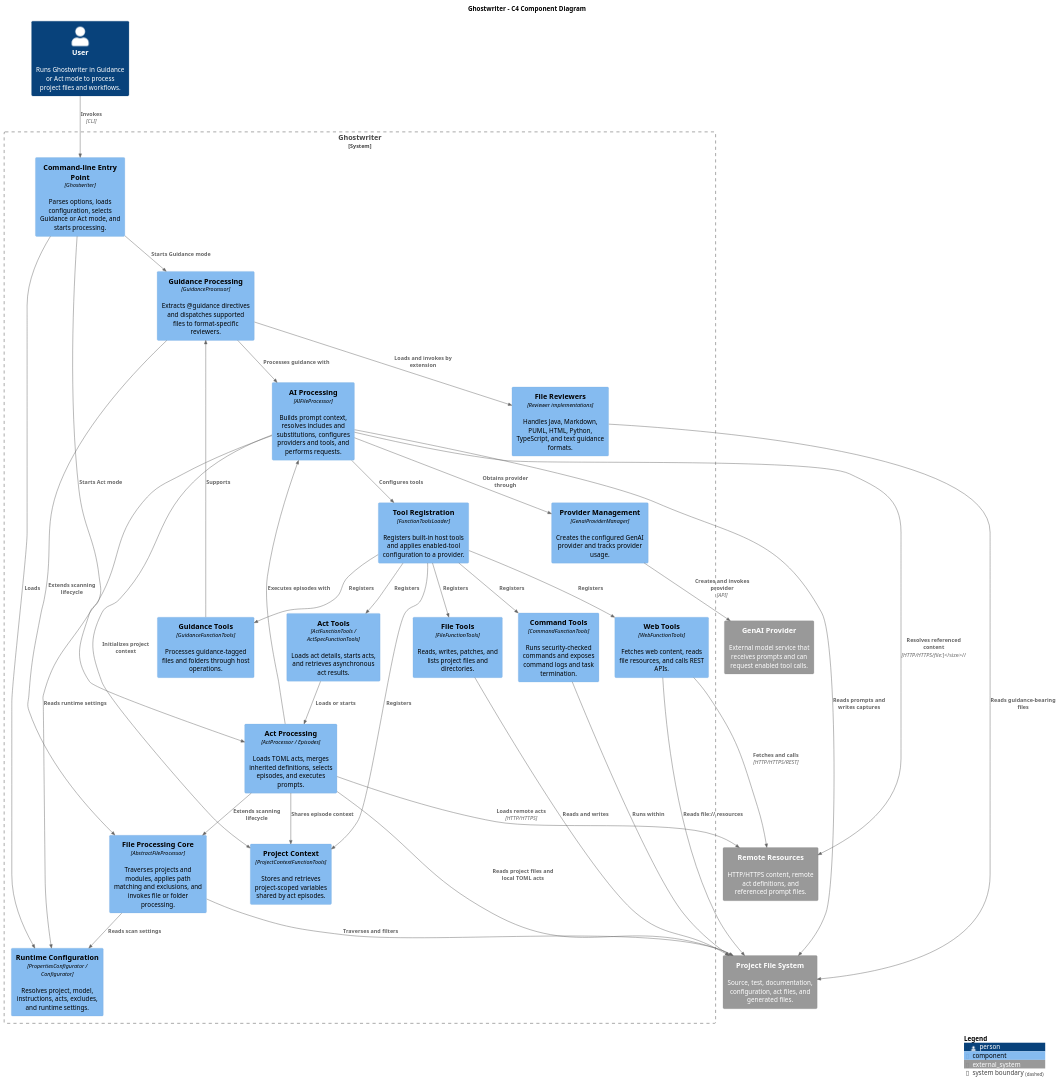
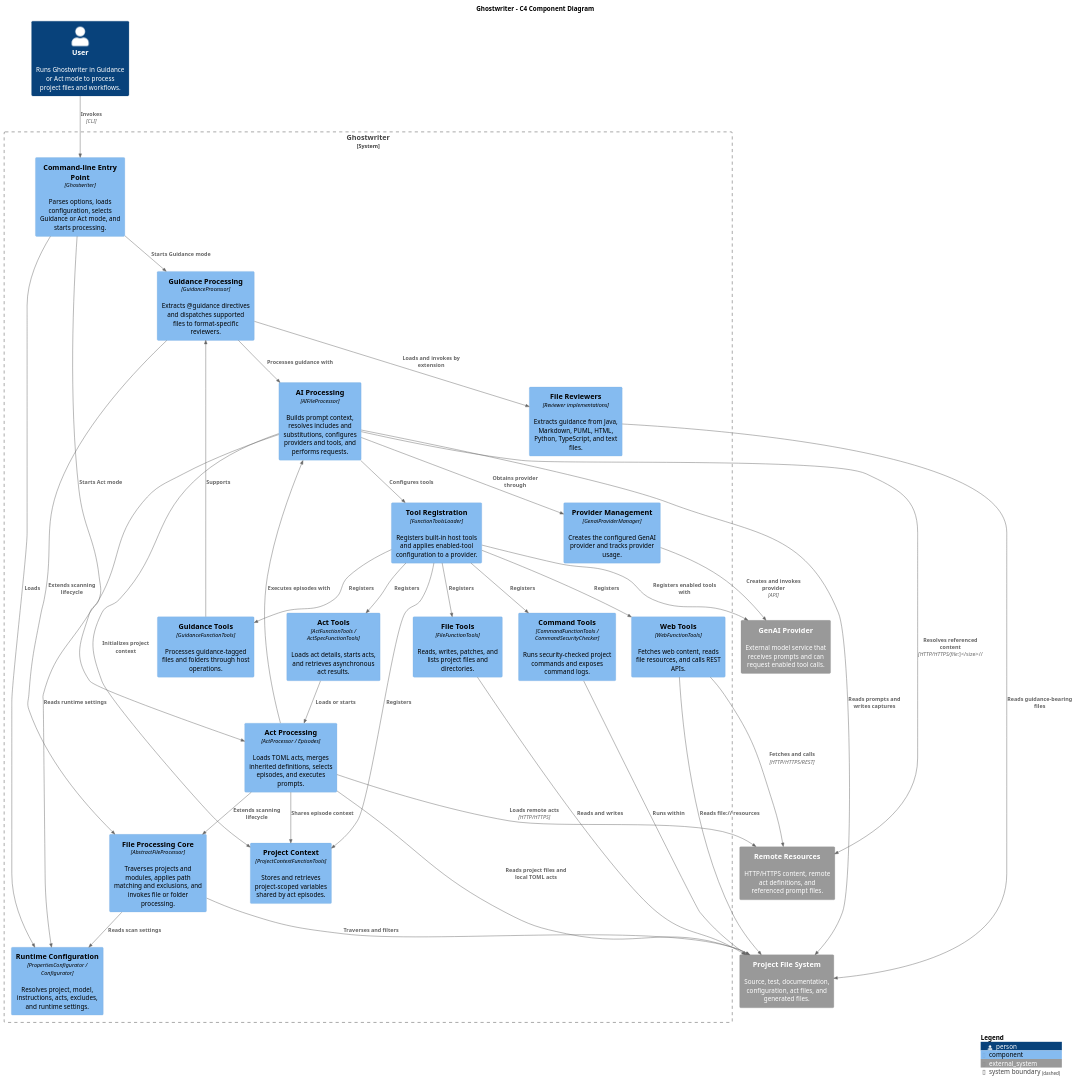
One commit to machanism-org/machai changed the diagram in ghostwriter/src/site/puml/c4-diagram.puml. Above: the diagram before and after it, drawn with PlantUML. The commit also changed 44 other files, not shown here.

```diff
--- a/ghostwriter/src/site/puml/c4-diagram.puml
+++ b/ghostwriter/src/site/puml/c4-diagram.puml
@@ -11,73 +11,74 @@
 @startuml
 !include https://raw.githubusercontent.com/plantuml-stdlib/C4-PlantUML/master/C4_Component.puml
 
 LAYOUT_TOP_DOWN()
 
 title Ghostwriter - C4 Component Diagram
 
 Person(user, "User", "Runs Ghostwriter in Guidance or Act mode to process project files and workflows.")
 System_Ext(projectFiles, "Project File System", "Source, test, documentation, configuration, act files, and generated files.")
 System_Ext(remoteResources, "Remote Resources", "HTTP/HTTPS content, remote act definitions, and referenced prompt files.")
 System_Ext(genaiProvider, "GenAI Provider", "External model service that receives prompts and can request enabled tool calls.")
 
 System_Boundary(ghostwriter, "Ghostwriter") {
   Component(cli, "Command-line Entry Point", "Ghostwriter", "Parses options, loads configuration, selects Guidance or Act mode, and starts processing.")
   Component(fileProcessor, "File Processing Core", "AbstractFileProcessor", "Traverses projects and modules, applies path matching and exclusions, and invokes file or folder processing.")
   Component(aiProcessor, "AI Processing", "AIFileProcessor", "Builds prompt context, resolves includes and substitutions, configures providers and tools, and performs requests.")
   Component(guidanceProcessor, "Guidance Processing", "GuidanceProcessor", "Extracts @guidance directives and dispatches supported files to format-specific reviewers.")
   Component(actProcessor, "Act Processing", "ActProcessor / Episodes", "Loads TOML acts, merges inherited definitions, selects episodes, and executes prompts.")
-  Component(reviewers, "File Reviewers", "Reviewer implementations", "Handles Java, Markdown, PUML, HTML, Python, TypeScript, and text guidance formats.")
+  Component(reviewers, "File Reviewers", "Reviewer implementations", "Extracts guidance from Java, Markdown, PUML, HTML, Python, TypeScript, and text files.")
 
   Component(fileTools, "File Tools", "FileFunctionTools", "Reads, writes, patches, and lists project files and directories.")
-  Component(commandTools, "Command Tools", "CommandFunctionTools", "Runs security-checked commands and exposes command logs and task termination.")
+  Component(commandTools, "Command Tools", "CommandFunctionTools / CommandSecurityChecker", "Runs security-checked project commands and exposes command logs.")
   Component(webTools, "Web Tools", "WebFunctionTools", "Fetches web content, reads file resources, and calls REST APIs.")
   Component(actTools, "Act Tools", "ActFunctionTools / ActSpecFunctionTools", "Loads act details, starts acts, and retrieves asynchronous act results.")
   Component(guidanceTools, "Guidance Tools", "GuidanceFunctionTools", "Processes guidance-tagged files and folders through host operations.")
   Component(contextTools, "Project Context", "ProjectContextFunctionTools", "Stores and retrieves project-scoped variables shared by act episodes.")
 
   Component(providerManagement, "Provider Management", "GenaiProviderManager", "Creates the configured GenAI provider and tracks provider usage.")
   Component(toolLoading, "Tool Registration", "FunctionToolsLoader", "Registers built-in host tools and applies enabled-tool configuration to a provider.")
   Component(configuration, "Runtime Configuration", "PropertiesConfigurator / Configurator", "Resolves project, model, instructions, acts, excludes, and runtime settings.")
 }
 
 Rel(user, cli, "Invokes", "CLI")
 Rel(cli, configuration, "Loads")
 Rel(cli, guidanceProcessor, "Starts Guidance mode")
 Rel(cli, actProcessor, "Starts Act mode")
 
 Rel(guidanceProcessor, fileProcessor, "Extends scanning lifecycle")
 Rel(actProcessor, fileProcessor, "Extends scanning lifecycle")
 Rel(guidanceProcessor, aiProcessor, "Processes guidance with")
 Rel(actProcessor, aiProcessor, "Executes episodes with")
 Rel(guidanceProcessor, reviewers, "Loads and invokes by extension")
 Rel(reviewers, projectFiles, "Reads guidance-bearing files")
 Rel(fileProcessor, projectFiles, "Traverses and filters")
 Rel(fileProcessor, configuration, "Reads scan settings")
 
 Rel(actProcessor, projectFiles, "Reads project files and local TOML acts")
 Rel(actProcessor, remoteResources, "Loads remote acts", "HTTP/HTTPS")
 Rel(actProcessor, contextTools, "Shares episode context")
 
 Rel(aiProcessor, configuration, "Reads runtime settings")
 Rel(aiProcessor, projectFiles, "Reads prompts and writes captures")
 Rel(aiProcessor, remoteResources, "Resolves referenced content", "HTTP/HTTPS/file://")
 Rel(aiProcessor, providerManagement, "Obtains provider through")
 Rel(aiProcessor, toolLoading, "Configures tools")
 Rel(aiProcessor, contextTools, "Initializes project context")
 Rel(providerManagement, genaiProvider, "Creates and invokes provider", "API")
+Rel(toolLoading, genaiProvider, "Registers enabled tools with")
 
 Rel(toolLoading, fileTools, "Registers")
 Rel(toolLoading, commandTools, "Registers")
 Rel(toolLoading, webTools, "Registers")
 Rel(toolLoading, actTools, "Registers")
 Rel(toolLoading, guidanceTools, "Registers")
 Rel(toolLoading, contextTools, "Registers")
 Rel(fileTools, projectFiles, "Reads and writes")
 Rel(commandTools, projectFiles, "Runs within")
 Rel(webTools, remoteResources, "Fetches and calls", "HTTP/HTTPS/REST")
 Rel(webTools, projectFiles, "Reads file:// resources")
 Rel(actTools, actProcessor, "Loads or starts")
 Rel(guidanceTools, guidanceProcessor, "Supports")
 
 SHOW_LEGEND()
 @enduml
```
